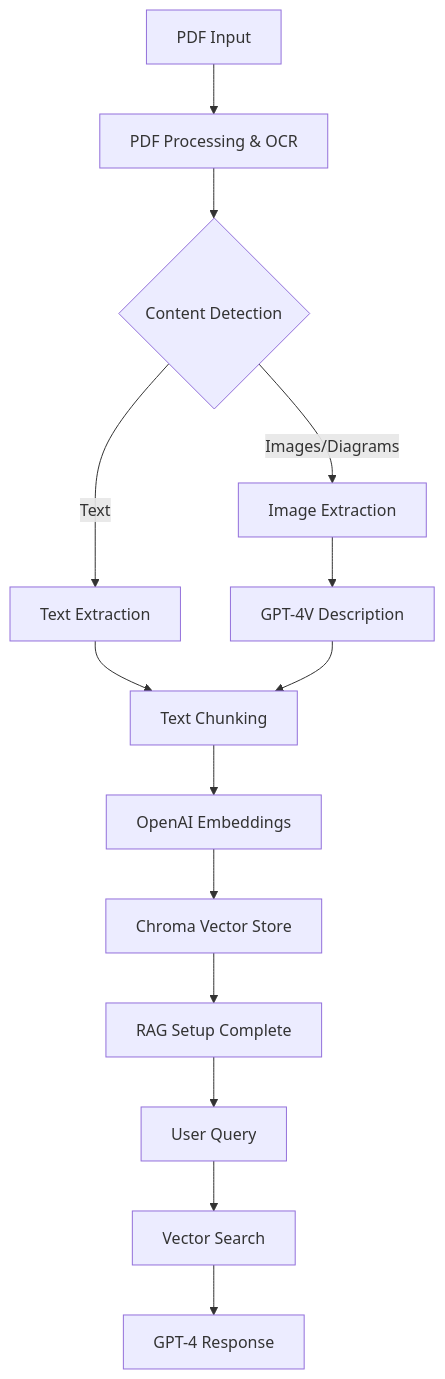
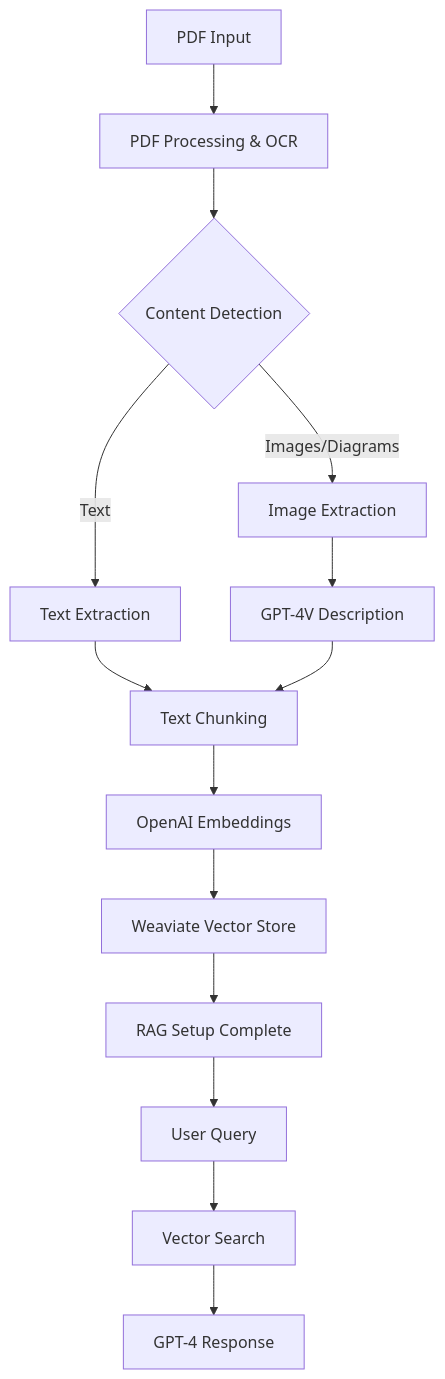
One commit to sleepylee02/quick_ragsearch_pipeline changed the diagram in README.md. Above: the diagram before and after it, drawn with Mermaid. The commit also changed other lines of this file and 6 other files, not shown here.

Commit message:
feat: add Weaviate vector store

````diff
--- a/README.md
+++ b/README.md
@@ -22,16 +22,16 @@
 ```mermaid
 graph TD
     A[PDF Input] --> B[PDF Processing & OCR]
     B --> C{Content Detection}
     C -->|Text| D[Text Extraction]
     C -->|Images/Diagrams| E[Image Extraction]
     E --> F[GPT-4V Description]
     D --> G[Text Chunking]
     F --> G
     G --> H[OpenAI Embeddings]
-    H --> I[Chroma Vector Store]
+    H --> I[Weaviate Vector Store]
     I --> J[RAG Setup Complete]
     J --> K[User Query]
     K --> L[Vector Search]
     L --> M[GPT-4 Response]
 ```
````
